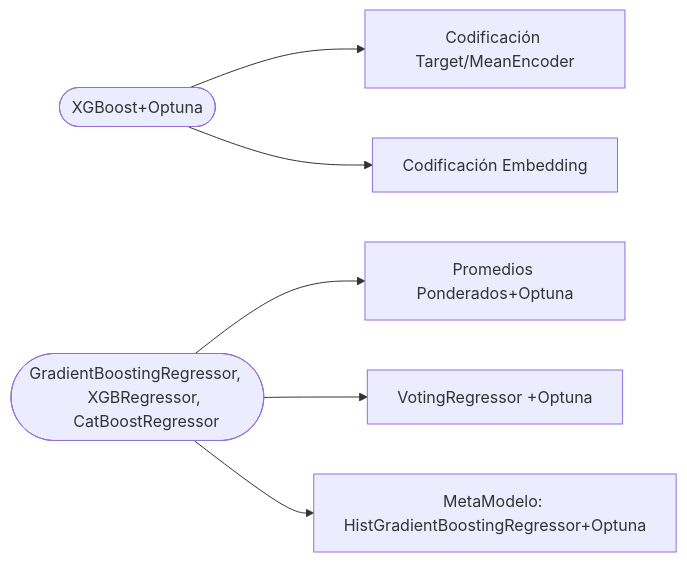
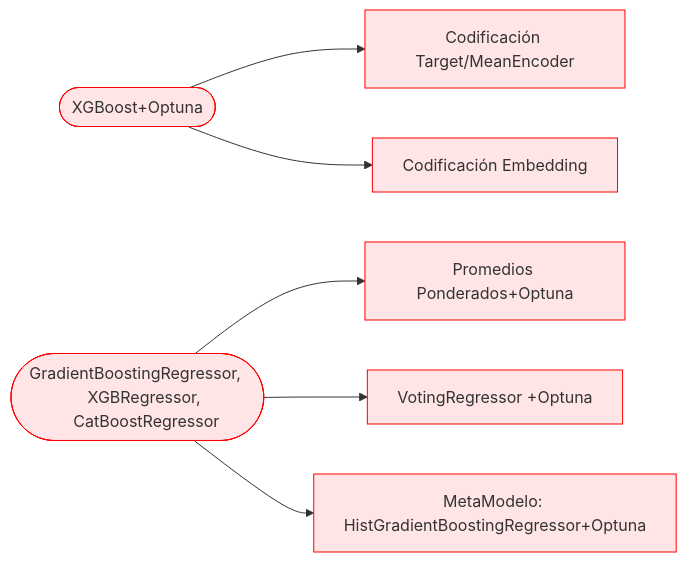
One commit to Rodzxc/Regression_Predict__sales changed the diagram in README.md. Above: the diagram before and after it, drawn with Mermaid.

````diff
--- a/README.md
+++ b/README.md
@@ -1,18 +1,24 @@
 ```mermaid
 flowchart LR
+    classDef foo stroke:#f00
+    classDef foo fill:#ffe5e5
+
+    classDef foi stroke:#ffcccc
+    classDef foi fill:#ffe5e5
+
     st([XGBoost+Optuna])
     op1[Codificación Target/MeanEncoder]
     op2[Codificación Embedding]
 
-    st --> op1 & op2
-
+    st:::foo --> op1:::foo & op2:::foo
+ 
 
     st3([GradientBoostingRegressor, 
     XGBRegressor, 
     CatBoostRegressor])
     op4[Promedios Ponderados+Optuna]
     op5[VotingRegressor +Optuna]
     op6[MetaModelo: HistGradientBoostingRegressor+Optuna]
 
-    st3 --> op4 & op5 & op6
+    st3:::foo--> op4:::foo & op5:::foo & op6:::foo
 ```
````
